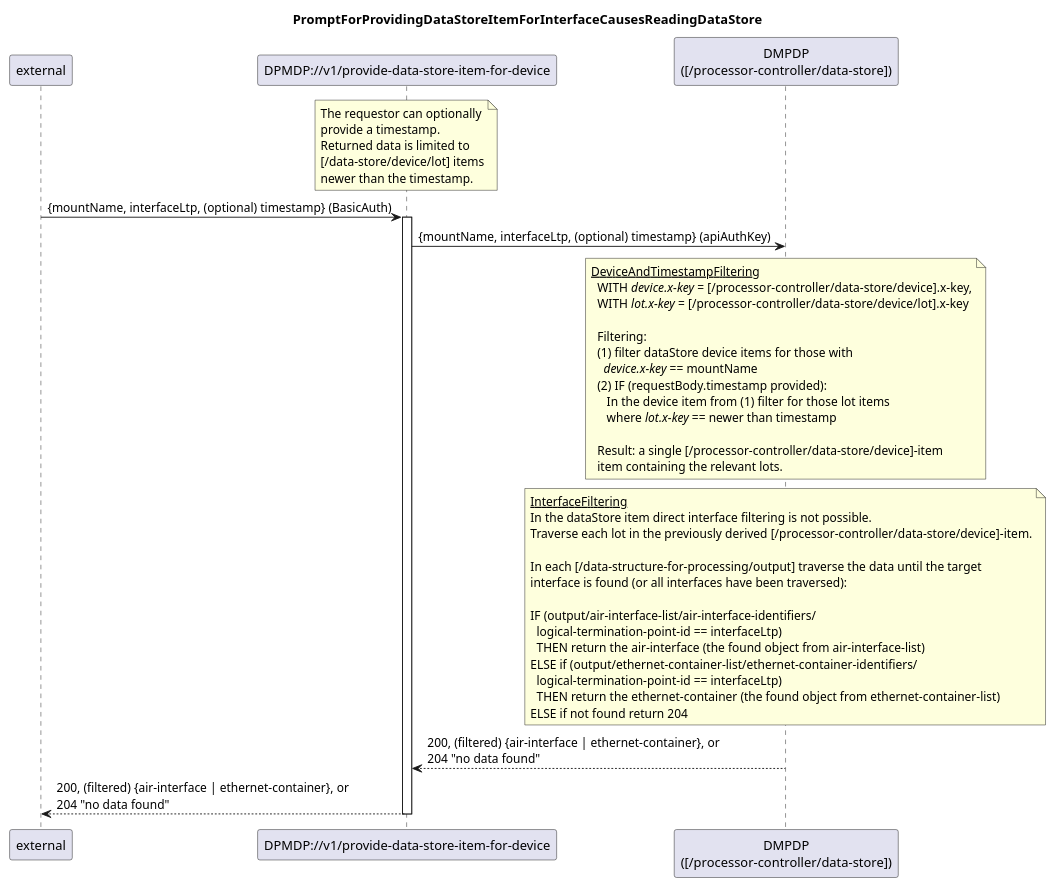
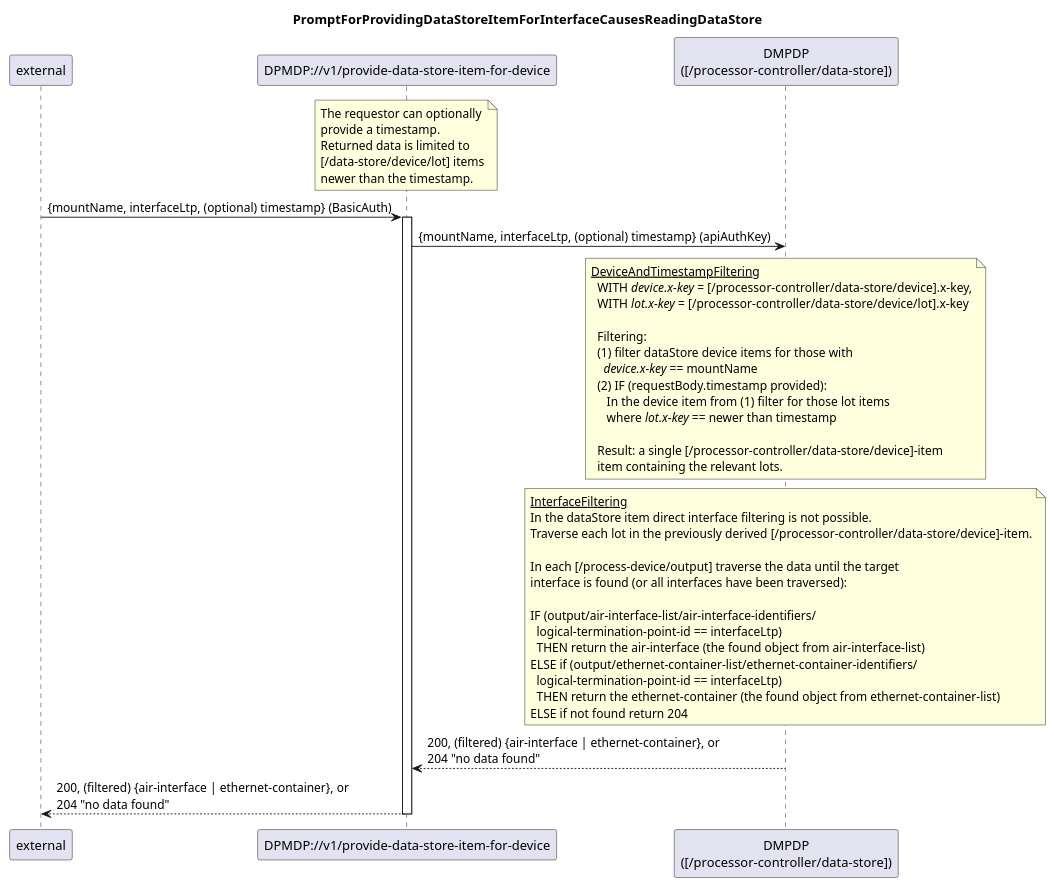
Before and after one commit to openBackhaul/DevicePerformanceManagementDataProcessor: the diagram in spec/Services/ProvideDataStoreItemForInterface/021_ProvideDataStoreItemForInterface.plantuml, drawn with PlantUML. The commit also changed 27 other files, not shown here.

Commit message:
Align p1ProcessDevice with instructions

```diff
--- a/spec/Services/ProvideDataStoreItemForInterface/021_ProvideDataStoreItemForInterface.plantuml
+++ b/spec/Services/ProvideDataStoreItemForInterface/021_ProvideDataStoreItemForInterface.plantuml
@@ -1,63 +1,63 @@
 @startuml 021_ProvideDataStoreItemForInterface
 skinparam responseMessageBelowArrow true
 
 title
 PromptForProvidingDataStoreItemForInterfaceCausesReadingDataStore
 end title
 
 participant "external" as requestor
 participant "DPMDP://v1/provide-data-store-item-for-device" as dpmdp
 participant "DMPDP\n([/processor-controller/data-store])" as dataStore
 
 
 note over dpmdp
   The requestor can optionally
   provide a timestamp.
   Returned data is limited to
   [/data-store/device/lot] items
   newer than the timestamp.
 end note
 requestor -> dpmdp: {mountName, interfaceLtp, (optional) timestamp} (BasicAuth)
 activate dpmdp
 
 
 dpmdp -> dataStore: {mountName, interfaceLtp, (optional) timestamp} (apiAuthKey)
 note over dataStore
 <u>DeviceAndTimestampFiltering</u>
   WITH <i>device.x-key</i> = [/processor-controller/data-store/device].x-key,
   WITH <i>lot.x-key</i> = [/processor-controller/data-store/device/lot].x-key
 
   Filtering:
   (1) filter dataStore device items for those with
     <i>device.x-key</i> == mountName
   (2) IF (requestBody.timestamp provided):
      In the device item from (1) filter for those lot items
      where <i>lot.x-key</i> == newer than timestamp
 
   Result: a single [/processor-controller/data-store/device]-item
   item containing the relevant lots.
 end note
 note over dataStore
 <u>InterfaceFiltering</u>
 In the dataStore item direct interface filtering is not possible.
 Traverse each lot in the previously derived [/processor-controller/data-store/device]-item.
 
-In each [/data-structure-for-processing/output] traverse the data until the target
+In each [/process-device/output] traverse the data until the target
 interface is found (or all interfaces have been traversed):
 
 IF (output/air-interface-list/air-interface-identifiers/
   logical-termination-point-id == interfaceLtp)
   THEN return the air-interface (the found object from air-interface-list)
 ELSE if (output/ethernet-container-list/ethernet-container-identifiers/
   logical-termination-point-id == interfaceLtp)
   THEN return the ethernet-container (the found object from ethernet-container-list)
 ELSE if not found return 204
 end note
 
 
 dataStore --> dpmdp: 200, (filtered) {air-interface | ethernet-container}, or\n204 "no data found"
 dpmdp --> requestor: 200, (filtered) {air-interface | ethernet-container}, or\n204 "no data found"
 
 deactivate dpmdp
 
 @enduml
```
